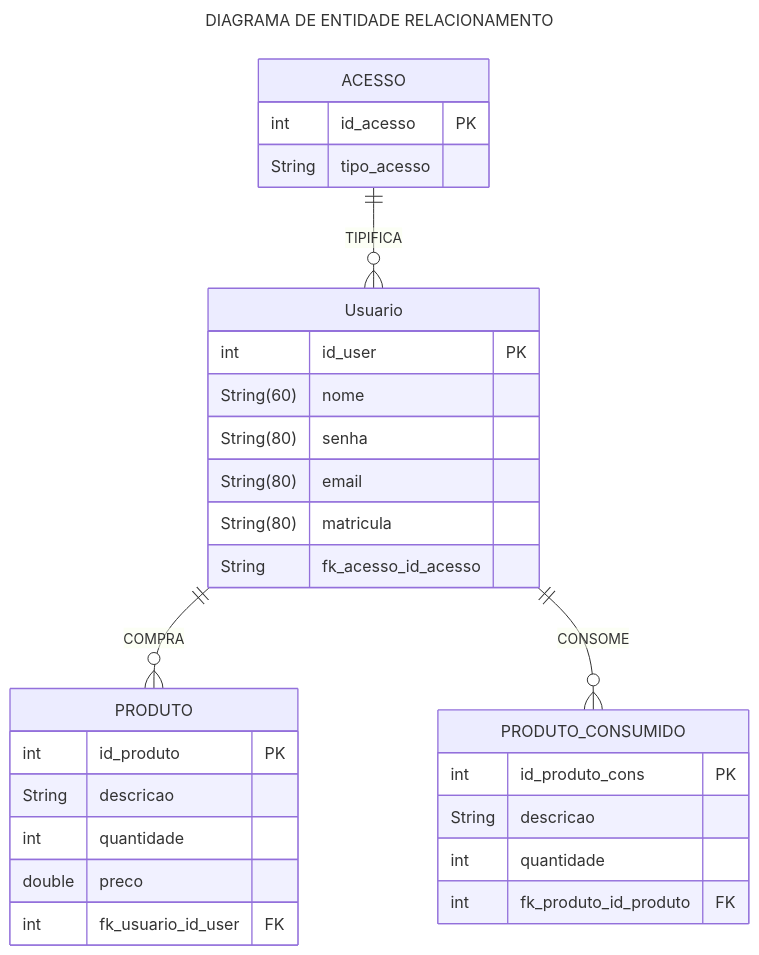
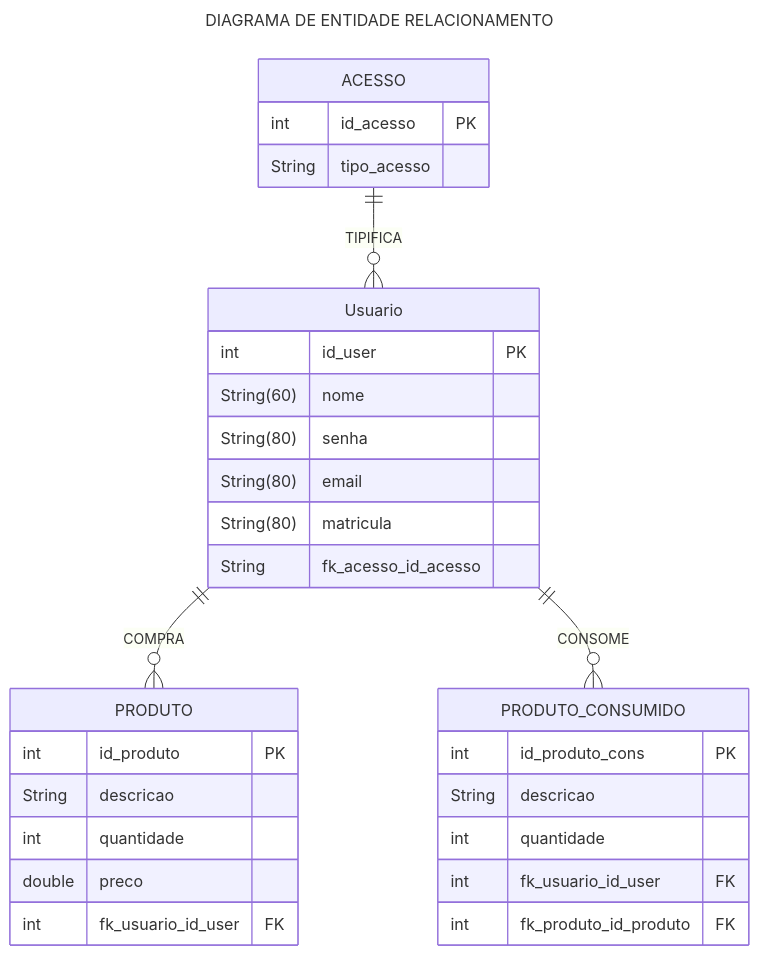
Before and after one commit to Korzre/npi-split: the diagram in docs/Diagrams/Entity-relationship-diagrams.md, drawn with Mermaid. The commit also changed 16 other files, not shown here.

````diff
--- a/docs/Diagrams/Entity-relationship-diagrams.md
+++ b/docs/Diagrams/Entity-relationship-diagrams.md
@@ -2,44 +2,45 @@
 ```mermaid
 ---
 title: DIAGRAMA DE ENTIDADE RELACIONAMENTO
 ---
 erDiagram
 
  ACESSO ||--o{ Usuario: TIPIFICA
 
 ACESSO{
    int id_acesso PK
    String tipo_acesso
 }
  
  Usuario ||--o{ PRODUTO : COMPRA 
  Usuario{
    int id_user PK
    String(60) nome
    String(80) senha
    String(80) email
    String(80) matricula  
    String fk_acesso_id_acesso  
  }
 
   Usuario ||--o{ PRODUTO_CONSUMIDO : CONSOME
 
   PRODUTO{
    int id_produto PK
    String descricao
    int quantidade
    double preco
    int fk_usuario_id_user FK
   }
 
   PRODUTO_CONSUMIDO{
    int id_produto_cons PK  
    String descricao
    int quantidade
+   int fk_usuario_id_user FK
    int fk_produto_id_produto FK
   }
 
   
 
 
 ```
````
